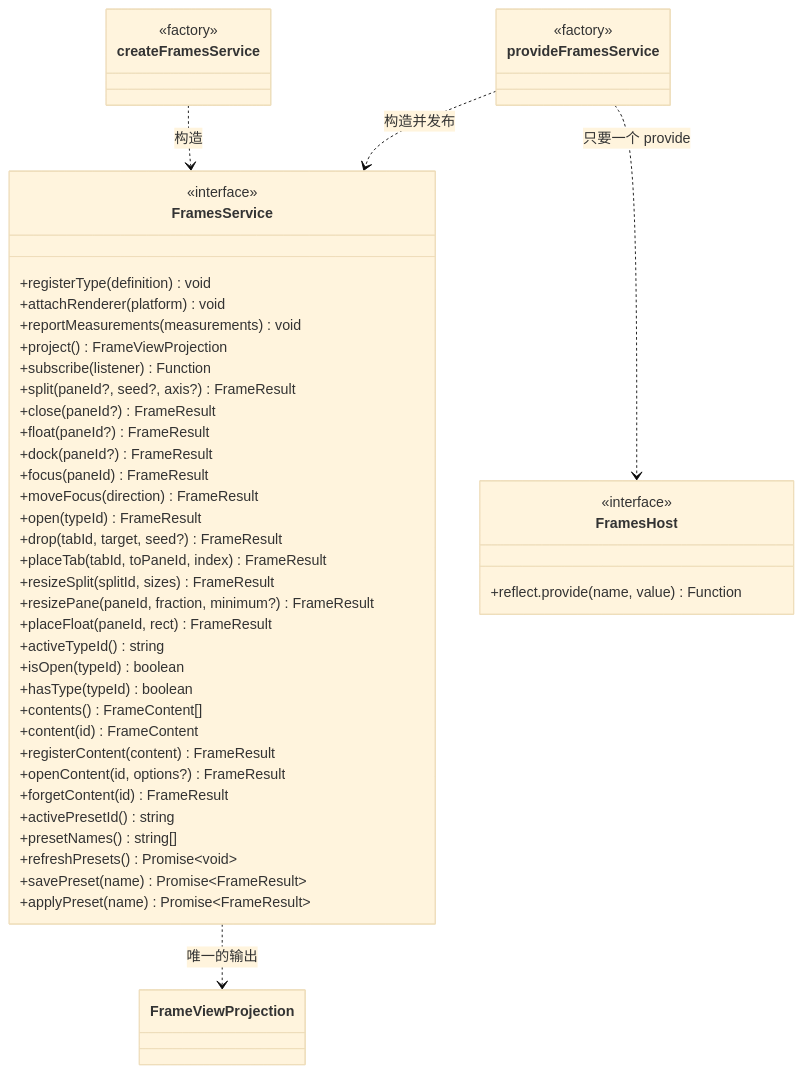
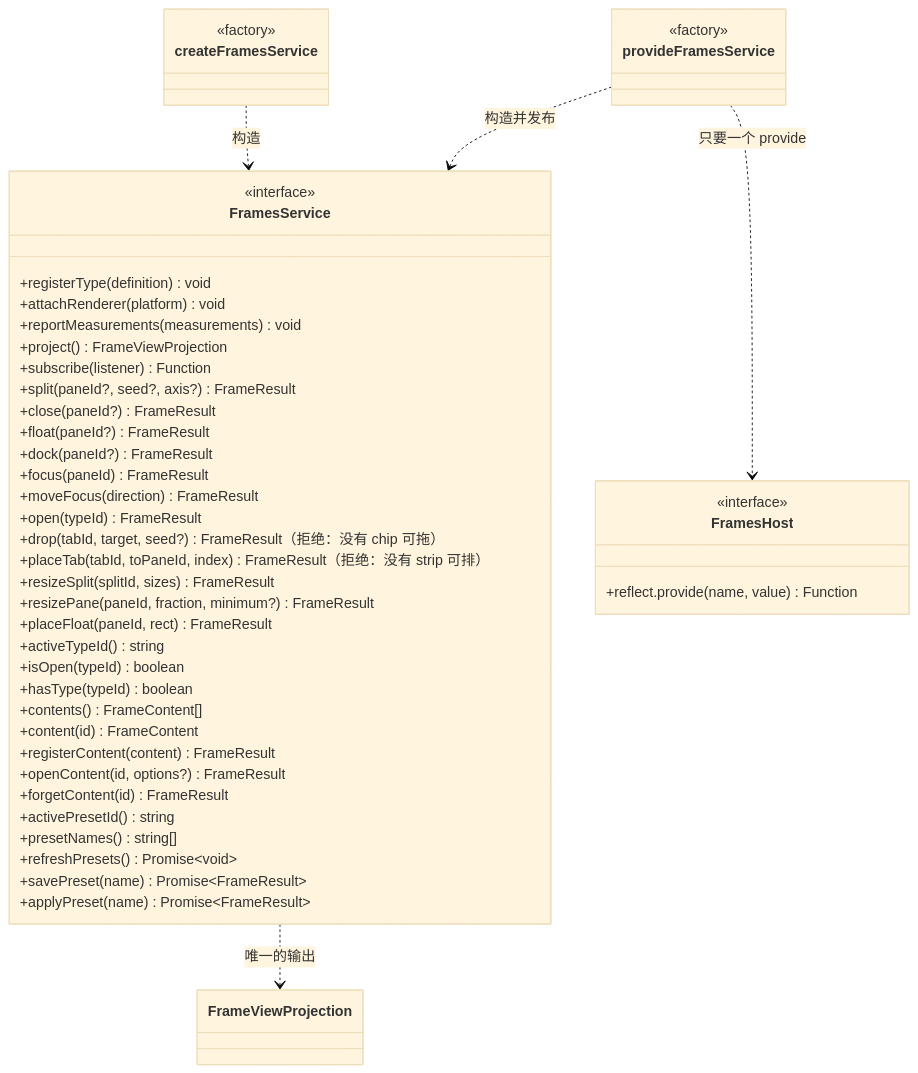
One commit to AllenSue/dsh-frame-core changed the seventh of 7 diagrams in DESIGN.md. Above: the diagram before and after it, drawn with Mermaid (base theme). The commit also changed other lines of this file and 14 other files, not shown here.

````diff
--- a/DESIGN.md
+++ b/DESIGN.md
@@ -364,51 +365,51 @@
 ```mermaid
 classDiagram
     class FramesService {
         <<interface>>
         +registerType(definition) void
         +attachRenderer(platform) void
         +reportMeasurements(measurements) void
         +project() FrameViewProjection
         +subscribe(listener) Function
         +split(paneId?, seed?, axis?) FrameResult
         +close(paneId?) FrameResult
         +float(paneId?) FrameResult
         +dock(paneId?) FrameResult
         +focus(paneId) FrameResult
         +moveFocus(direction) FrameResult
         +open(typeId) FrameResult
-        +drop(tabId, target, seed?) FrameResult
-        +placeTab(tabId, toPaneId, index) FrameResult
+        +drop(tabId, target, seed?) FrameResult（拒绝：没有 chip 可拖）
+        +placeTab(tabId, toPaneId, index) FrameResult（拒绝：没有 strip 可排）
         +resizeSplit(splitId, sizes) FrameResult
         +resizePane(paneId, fraction, minimum?) FrameResult
         +placeFloat(paneId, rect) FrameResult
         +activeTypeId() string
         +isOpen(typeId) boolean
         +hasType(typeId) boolean
         +contents() FrameContent[]
         +content(id) FrameContent
         +registerContent(content) FrameResult
         +openContent(id, options?) FrameResult
         +forgetContent(id) FrameResult
         +activePresetId() string
         +presetNames() string[]
         +refreshPresets() Promise~void~
         +savePreset(name) Promise~FrameResult~
         +applyPreset(name) Promise~FrameResult~
     }
     class FramesHost {
         <<interface>>
         +reflect.provide(name, value) Function
     }
     class createFramesService {
         <<factory>>
     }
     class provideFramesService {
         <<factory>>
     }
 
     createFramesService ..> FramesService : 构造
     provideFramesService ..> FramesService : 构造并发布
     provideFramesService ..> FramesHost : 只要一个 provide
     FramesService ..> FrameViewProjection : 唯一的输出
 ```
````
